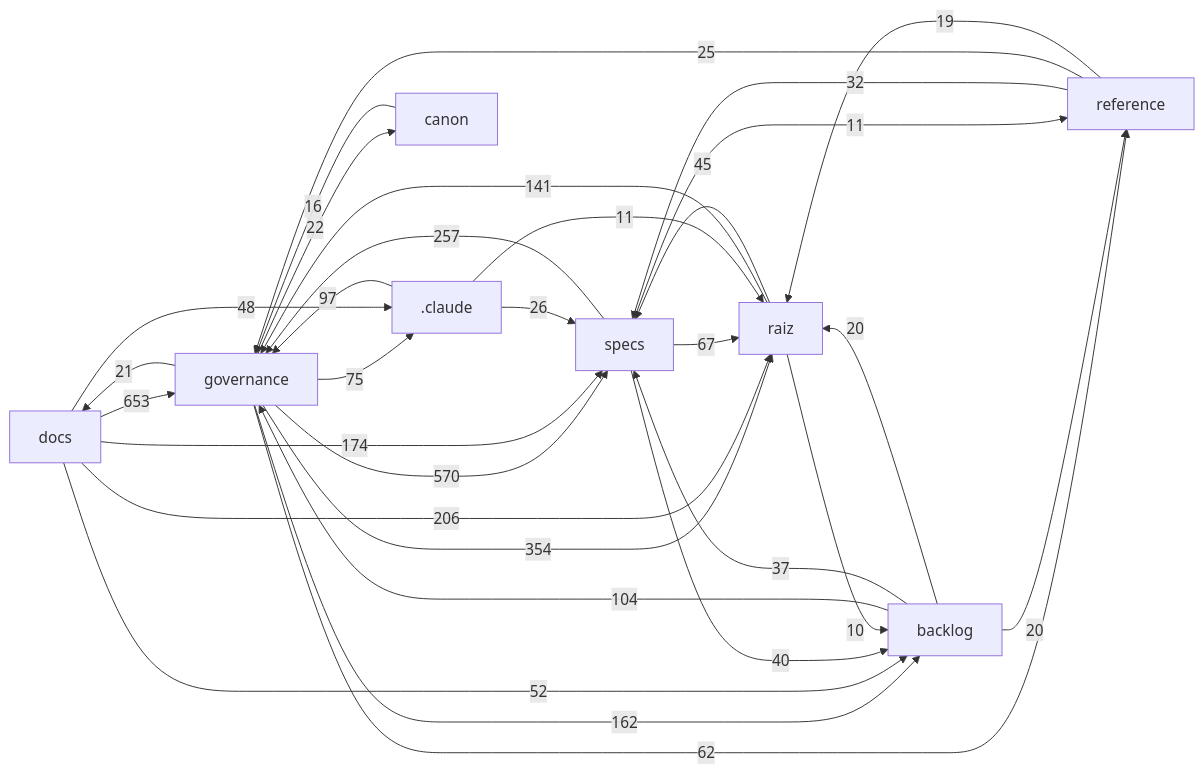
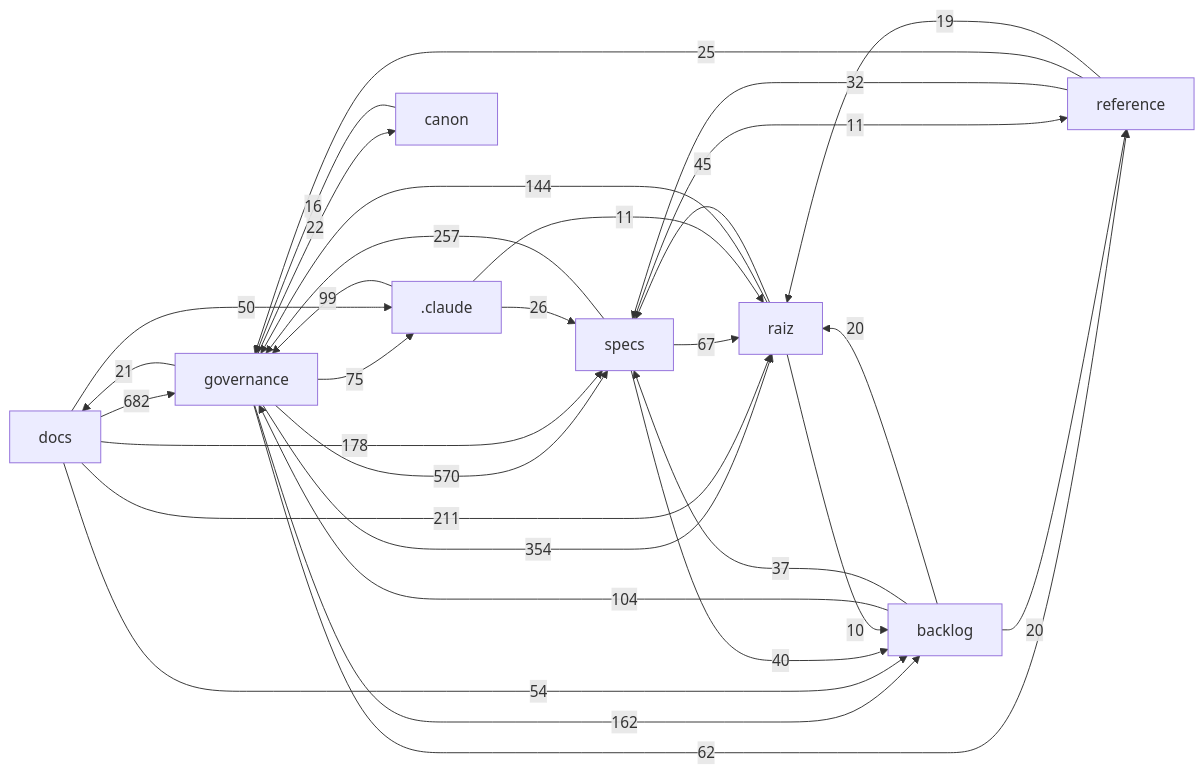
One commit to Andraus35/Sistema-Operacional-de-Trading--SOT changed the diagram in docs/mapa/MAPA-PROJETO.md. Above: the diagram before and after it, drawn with Mermaid. The commit also changed other lines of this file and 8 other files, not shown here.

First line of the commit message:
Aplica edições dos agentes (atas BACKLOG-ABERTURA/REVISOR-DELTA), ROADMAP/CATALOGO SPEC-006 baseline v1.7 e HANDOFF HO-43 (autorizado por Andraus)

````diff
--- a/docs/mapa/MAPA-PROJETO.md
+++ b/docs/mapa/MAPA-PROJETO.md
@@ -29,33 +29,33 @@
 ```mermaid
 flowchart LR
-  docs["docs"] -->|653| governance["governance"]
+  docs["docs"] -->|682| governance["governance"]
   governance["governance"] -->|570| specs["specs"]
   governance["governance"] -->|354| raiz["raiz"]
   specs["specs"] -->|257| governance["governance"]
-  docs["docs"] -->|206| raiz["raiz"]
-  docs["docs"] -->|174| specs["specs"]
+  docs["docs"] -->|211| raiz["raiz"]
+  docs["docs"] -->|178| specs["specs"]
   governance["governance"] -->|162| backlog["backlog"]
-  raiz["raiz"] -->|141| governance["governance"]
+  raiz["raiz"] -->|144| governance["governance"]
   backlog["backlog"] -->|104| governance["governance"]
-  _claude[".claude"] -->|97| governance["governance"]
+  _claude[".claude"] -->|99| governance["governance"]
   governance["governance"] -->|75| _claude[".claude"]
   specs["specs"] -->|67| raiz["raiz"]
   governance["governance"] -->|62| reference["reference"]
-  docs["docs"] -->|52| backlog["backlog"]
-  docs["docs"] -->|48| _claude[".claude"]
+  docs["docs"] -->|54| backlog["backlog"]
+  docs["docs"] -->|50| _claude[".claude"]
   raiz["raiz"] -->|45| specs["specs"]
   specs["specs"] -->|40| backlog["backlog"]
   backlog["backlog"] -->|37| specs["specs"]
   reference["reference"] -->|32| specs["specs"]
   _claude[".claude"] -->|26| specs["specs"]
   reference["reference"] -->|25| governance["governance"]
   governance["governance"] -->|22| canon["canon"]
   governance["governance"] -->|21| docs["docs"]
   backlog["backlog"] -->|20| raiz["raiz"]
   backlog["backlog"] -->|20| reference["reference"]
   reference["reference"] -->|19| raiz["raiz"]
   canon["canon"] -->|16| governance["governance"]
   _claude[".claude"] -->|11| raiz["raiz"]
   specs["specs"] -->|11| reference["reference"]
   raiz["raiz"] -->|10| backlog["backlog"]
 ```
````
